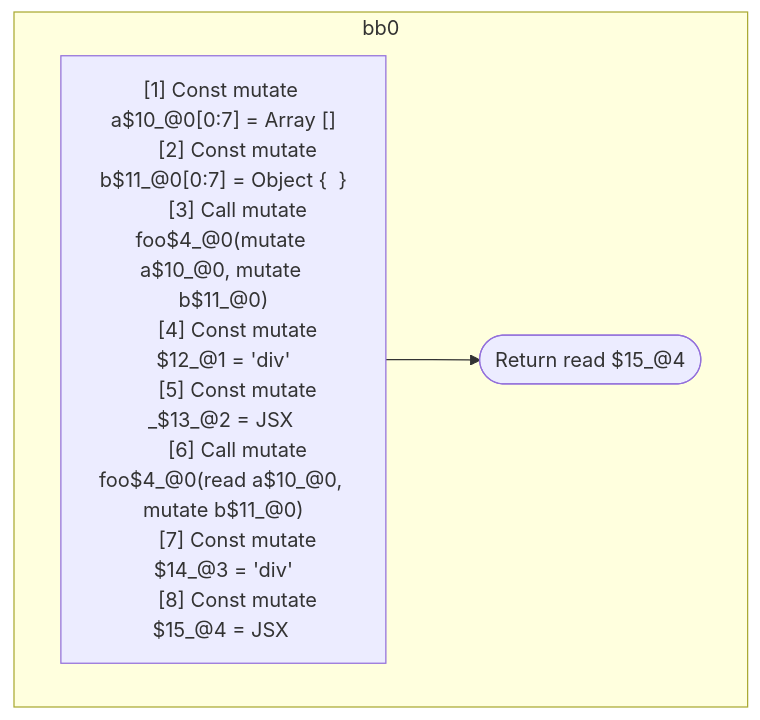
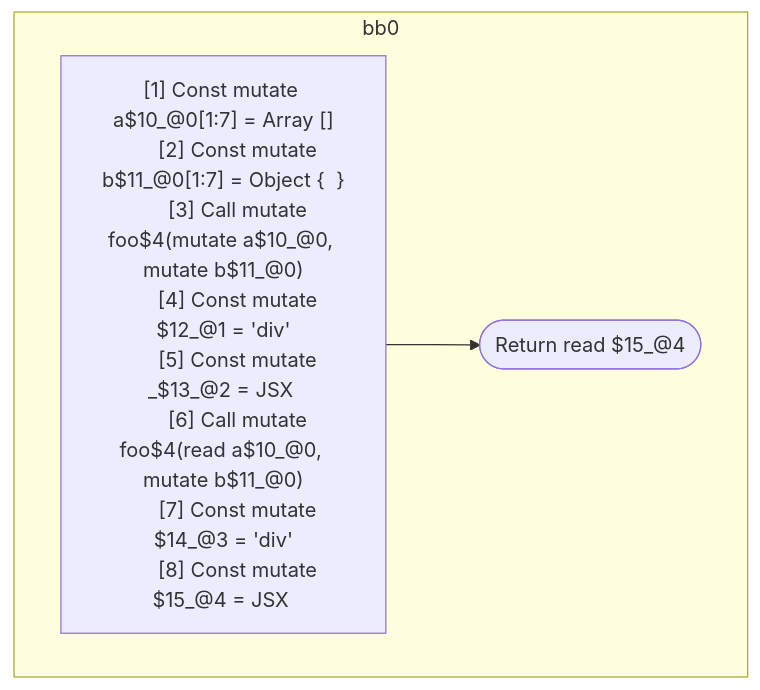
Before and after one commit to wutsmog/private: the second of 2 diagrams in compiler/forget/src/__tests__/fixtures/hir/ssa-call-jsx.expect.md, drawn with Mermaid. The commit also changed other lines of this file and 100 other files, not shown here.

````diff
--- a/compiler/forget/src/__tests__/fixtures/hir/ssa-call-jsx.expect.md
+++ b/compiler/forget/src/__tests__/fixtures/hir/ssa-call-jsx.expect.md
@@ -68,20 +103,20 @@
 ```mermaid
 flowchart TB
   %% Basic Blocks
   subgraph bb0
     bb0_instrs["
-      [1] Const mutate a$10_@0[0:7] = Array []
-      [2] Const mutate b$11_@0[0:7] = Object {  }
-      [3] Call mutate foo$4_@0(mutate a$10_@0, mutate b$11_@0)
+      [1] Const mutate a$10_@0[1:7] = Array []
+      [2] Const mutate b$11_@0[1:7] = Object {  }
+      [3] Call mutate foo$4(mutate a$10_@0, mutate b$11_@0)
       [4] Const mutate $12_@1 = 'div'
       [5] Const mutate _$13_@2 = JSX <read $12_@1 a={freeze a$10_@0} ></read $12_@1>
-      [6] Call mutate foo$4_@0(read a$10_@0, mutate b$11_@0)
+      [6] Call mutate foo$4(read a$10_@0, mutate b$11_@0)
       [7] Const mutate $14_@3 = 'div'
       [8] Const mutate $15_@4 = JSX <read $14_@3 a={read a$10_@0} b={freeze b$11_@0} ></read $14_@3>
     "]
     bb0_instrs --> bb0_terminal(["Return read $15_@4"])
   end
 
   %% Jumps
   %% empty
 ```
````
